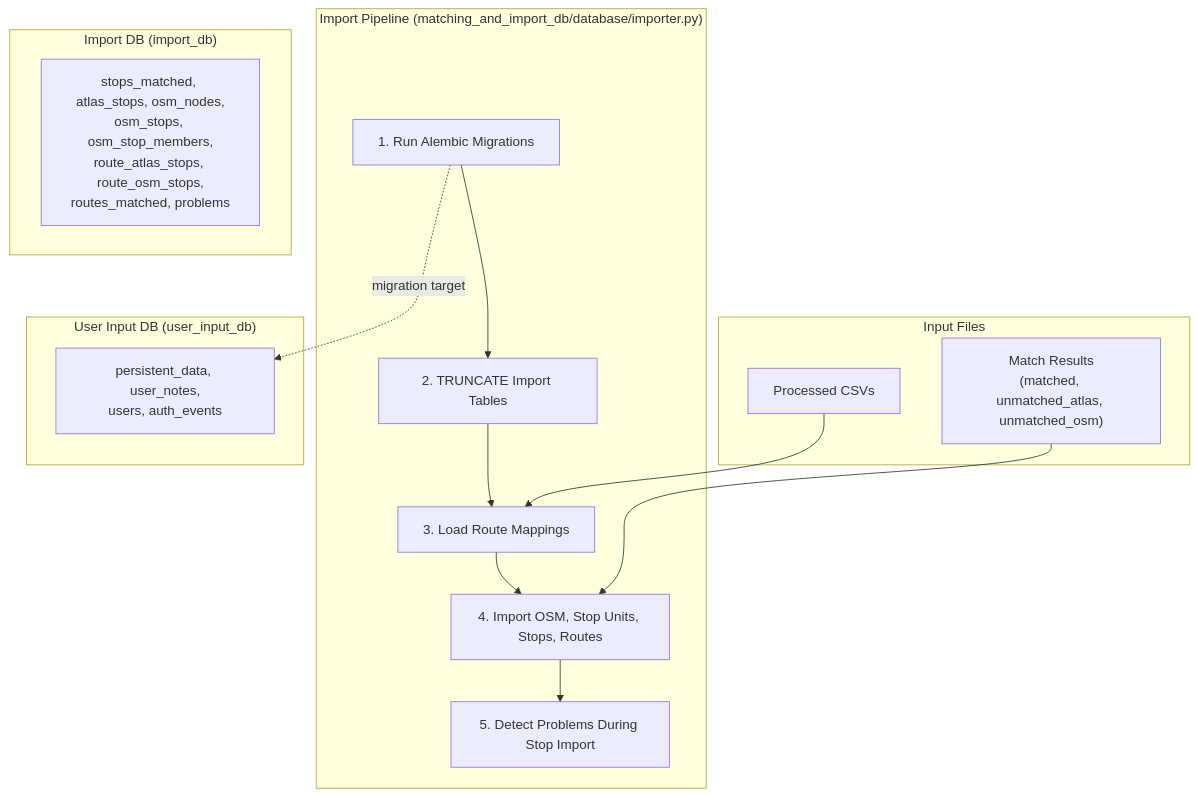
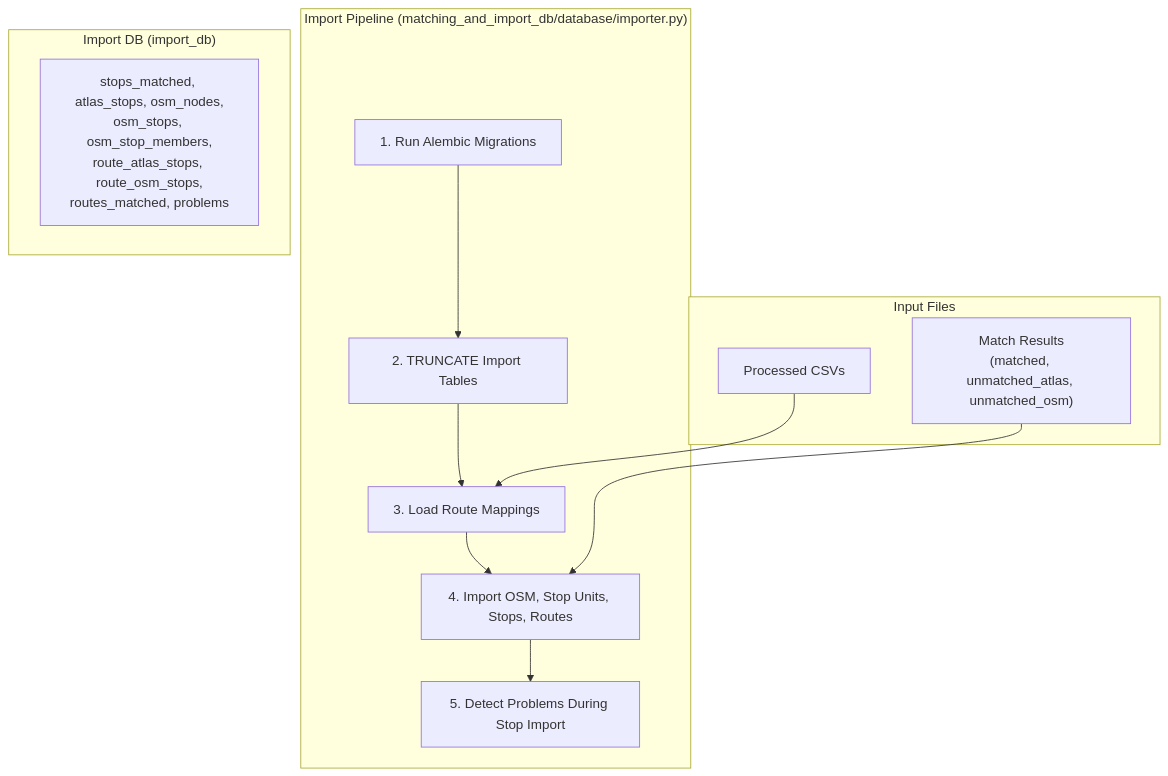
The diagram in documentation/4.2 Import Process.md (openTdataCH/stop_sync_osm_atlas), drawn with Mermaid before and after one commit. The commit also changed other lines of this file and 54 other files, not shown here.

````diff
--- a/documentation/4.2 Import Process.md
+++ b/documentation/4.2 Import Process.md
@@ -7,28 +7,23 @@
 ```mermaid
 flowchart TB
     subgraph Input["Input Files"]
         CSV["Processed CSVs"]
         Match["Match Results<br/>(matched, unmatched_atlas, unmatched_osm)"]
     end
     
     subgraph Import["Import Pipeline (matching_and_import_db/database/importer.py)"]
         M["1. Run Alembic Migrations"]
         C["2. TRUNCATE Import Tables"]
         R["3. Load Route Mappings"]
         I["4. Import OSM, Stop Units, Stops, Routes"]
         P["5. Detect Problems During Stop Import"]
         M --> C --> R --> I --> P
     end
     
     subgraph ImportDB["Import DB (import_db)"]
         Op["stops_matched, atlas_stops, osm_nodes,<br/>osm_stops, osm_stop_members,<br/>route_atlas_stops, route_osm_stops,<br/>routes_matched, problems"]
     end
     
-    subgraph UserDB["User Input DB (user_input_db)"]
-        Per["persistent_data, user_notes,<br/>users, auth_events"]
-    end
-    
     CSV --> R
     Match --> I
-    M -. migration target .-> Per
 ```
````
